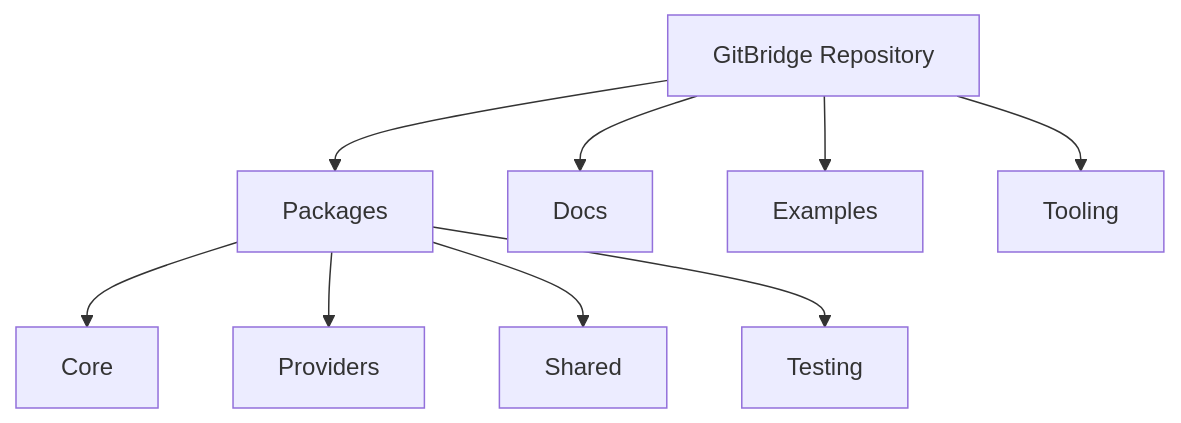
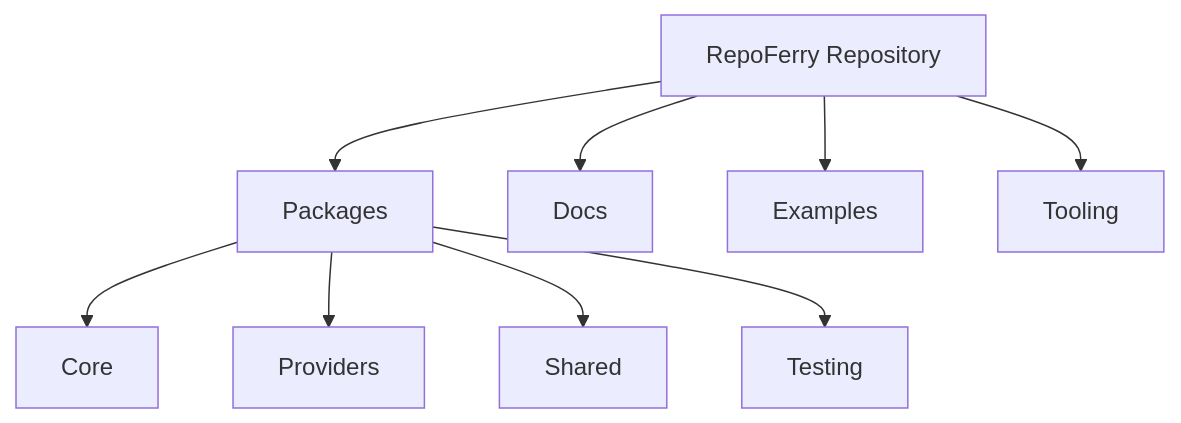
One commit to mriduldey/git-bridge changed the first of 4 diagrams in docs/architecture/adr/ADR-003.md. Above: the diagram before and after it, drawn with Mermaid. The commit also changed other lines of this file and 119 other files, not shown here.

````diff
--- a/docs/architecture/adr/ADR-003.md
+++ b/docs/architecture/adr/ADR-003.md
@@ -145,15 +145,15 @@
 ```mermaid
 flowchart TD
 
-Repo["GitBridge Repository"]
+Repo["RepoFerry Repository"]
 
 Repo --> Packages
 Repo --> Docs
 Repo --> Examples
 Repo --> Tooling
 
 Packages --> Core
 Packages --> Providers
 Packages --> Shared
 Packages --> Testing
 ```
````
